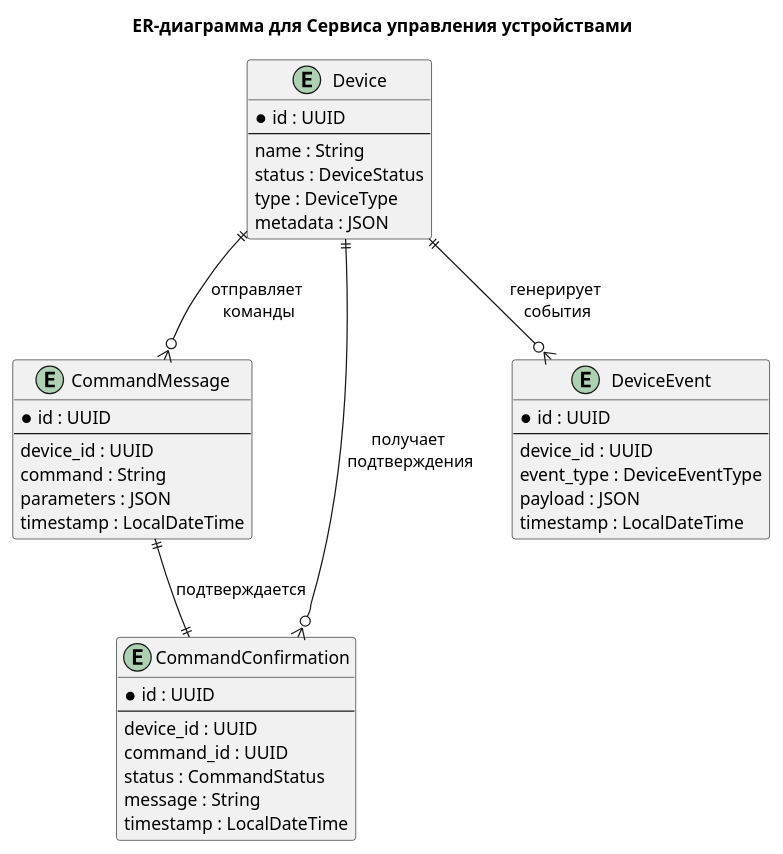
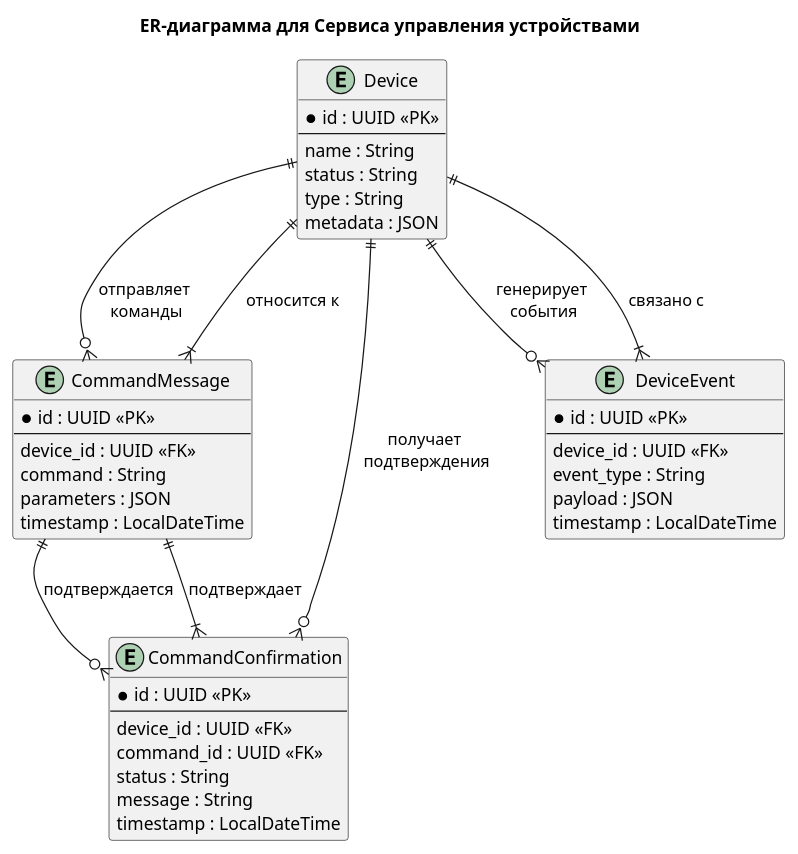
The diagram in diagrams/section-1-3/er_device.puml (denrzv/yp-architecture-sprint-3), drawn with PlantUML before and after one commit. The commit also changed 2 other files, not shown here.

```diff
--- a/diagrams/section-1-3/er_device.puml
+++ b/diagrams/section-1-3/er_device.puml
@@ -1,49 +1,51 @@
 @startuml
 
 title ER-диаграмма для Сервиса управления устройствами
 
-
 entity "Device" as D {
-  * id : UUID
+  * id : UUID <<PK>>
   --
   name : String
-  status : DeviceStatus
-  type : DeviceType
+  status : String
+  type : String
   metadata : JSON
 }
 
 entity "CommandMessage" as CM {
-  * id : UUID
+  * id : UUID <<PK>>
   --
-  device_id : UUID
+  device_id : UUID <<FK>>
   command : String
   parameters : JSON
   timestamp : LocalDateTime
 }
 
 entity "CommandConfirmation" as CC {
-  * id : UUID
+  * id : UUID <<PK>>
   --
-  device_id : UUID
-  command_id : UUID
-  status : CommandStatus
+  device_id : UUID <<FK>>
+  command_id : UUID <<FK>>
+  status : String
   message : String
   timestamp : LocalDateTime
 }
 
 entity "DeviceEvent" as DE {
-  * id : UUID
+  * id : UUID <<PK>>
   --
-  device_id : UUID
-  event_type : DeviceEventType
+  device_id : UUID <<FK>>
+  event_type : String
   payload : JSON
   timestamp : LocalDateTime
 }
 
 ' Взаимосвязи между сущностями
 D ||--o{ CM : отправляет \nкоманды
 D ||--o{ CC : получает \nподтверждения
 D ||--o{ DE : генерирует \nсобытия
-CM ||--|| CC : подтверждается
+CM ||--o{ CC : подтверждается
+CM }|--|| D : относится к
+CC }|--|| CM : подтверждает
+DE }|--|| D : связано с
 
 @enduml
```
